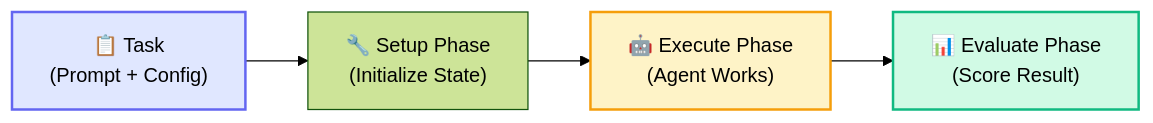
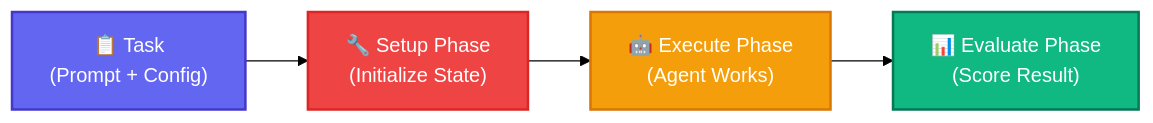
Before and after one commit to shfunc/hud-python: the diagram in docs/core-concepts/task-system.mdx, drawn with Mermaid (forest theme). The commit also changed 2 other files, not shown here.

Commit message:
core concepts changes

````diff
--- a/docs/core-concepts/task-system.mdx
+++ b/docs/core-concepts/task-system.mdx
@@ -11,15 +11,16 @@
 ```mermaid
 graph LR
     Task["📋 Task<br/>(Prompt + Config)"]
     Setup["🔧 Setup Phase<br/>(Initialize State)"]
     Execute["🤖 Execute Phase<br/>(Agent Works)"]
     Evaluate["📊 Evaluate Phase<br/>(Score Result)"]
     
     Task --> Setup
     Setup --> Execute
     Execute --> Evaluate
     
-    style Task fill:#e0e7ff,stroke:#6366f1,stroke-width:2px
-    style Execute fill:#fef3c7,stroke:#f59e0b,stroke-width:2px
-    style Evaluate fill:#d1fae5,stroke:#10b981,stroke-width:2px
+    style Task fill:#6366f1,stroke:#4338ca,stroke-width:2px,color:#ffffff
+    style Setup fill:#ef4444,stroke:#dc2626,stroke-width:2px,color:#ffffff
+    style Execute fill:#f59e0b,stroke:#d97706,stroke-width:2px,color:#ffffff
+    style Evaluate fill:#10b981,stroke:#047857,stroke-width:2px,color:#ffffff
 ```
````
